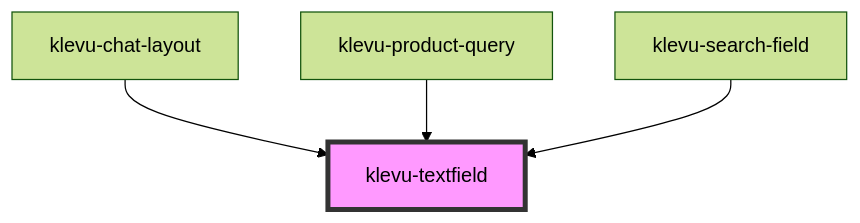
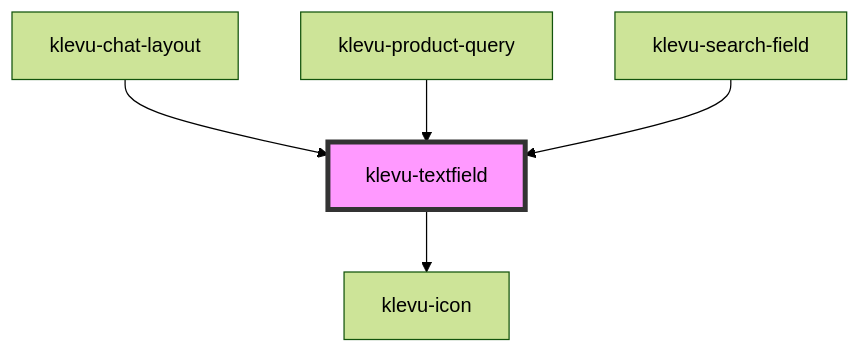
One commit to klevultd/frontend-sdk changed the diagram in packages/klevu-ui/src/components/klevu-textfield/readme.md. Above: the diagram before and after it, drawn with Mermaid (forest theme). The commit also changed other lines of this file and 80 other files, not shown here.

Commit message:
Create a klevu-icon component

````diff
--- a/packages/klevu-ui/src/components/klevu-textfield/readme.md
+++ b/packages/klevu-ui/src/components/klevu-textfield/readme.md
@@ -48,7 +45,8 @@
 ```mermaid
 graph TD;
+  klevu-textfield --> klevu-icon
   klevu-chat-layout --> klevu-textfield
   klevu-product-query --> klevu-textfield
   klevu-search-field --> klevu-textfield
   style klevu-textfield fill:#f9f,stroke:#333,stroke-width:4px
 ```
````
